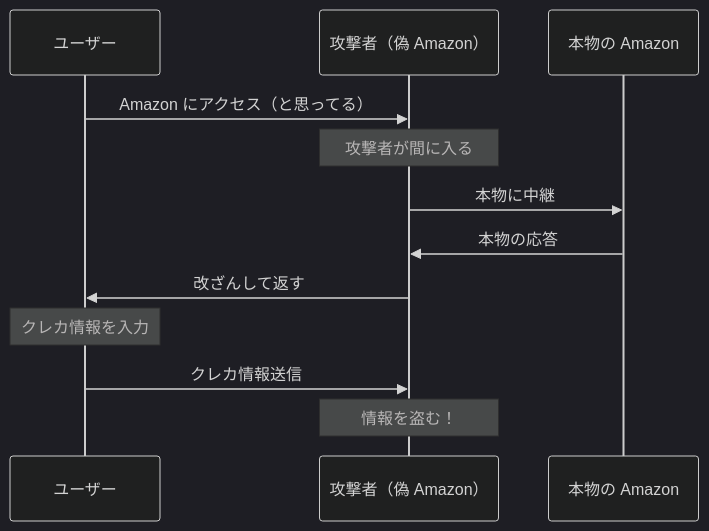
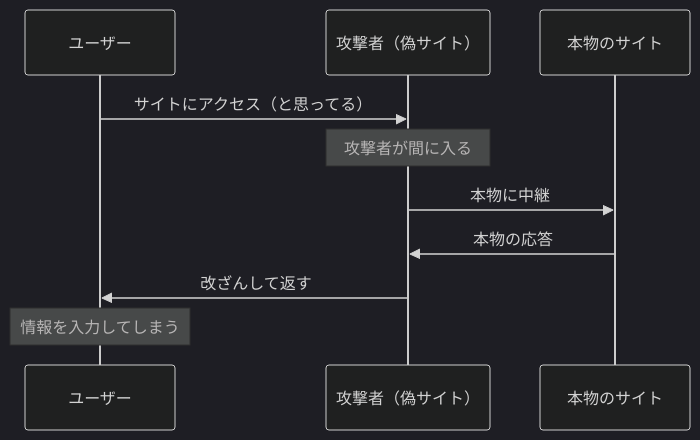
Before and after one commit to muratanaoki/party-box: the eighth of 15 diagrams in docs/curriculum/02-aws-http.md, drawn with Mermaid (dark theme). The commit also changed other lines of this file, not shown here.

````diff
--- a/docs/curriculum/02-aws-http.md
+++ b/docs/curriculum/02-aws-http.md
@@ -252,15 +290,13 @@
 ```mermaid
 sequenceDiagram
     participant U as ユーザー
-    participant A as 攻撃者（偽 Amazon）
-    participant R as 本物の Amazon
+    participant A as 攻撃者（偽サイト）
+    participant R as 本物のサイト
 
-    U->>A: Amazon にアクセス（と思ってる）
+    U->>A: サイトにアクセス（と思ってる）
     Note over A: 攻撃者が間に入る
     A->>R: 本物に中継
     R->>A: 本物の応答
     A->>U: 改ざんして返す
-    Note over U: クレカ情報を入力
-    U->>A: クレカ情報送信
-    Note over A: 情報を盗む！
+    Note over U: 情報を入力してしまう
 ```
````
